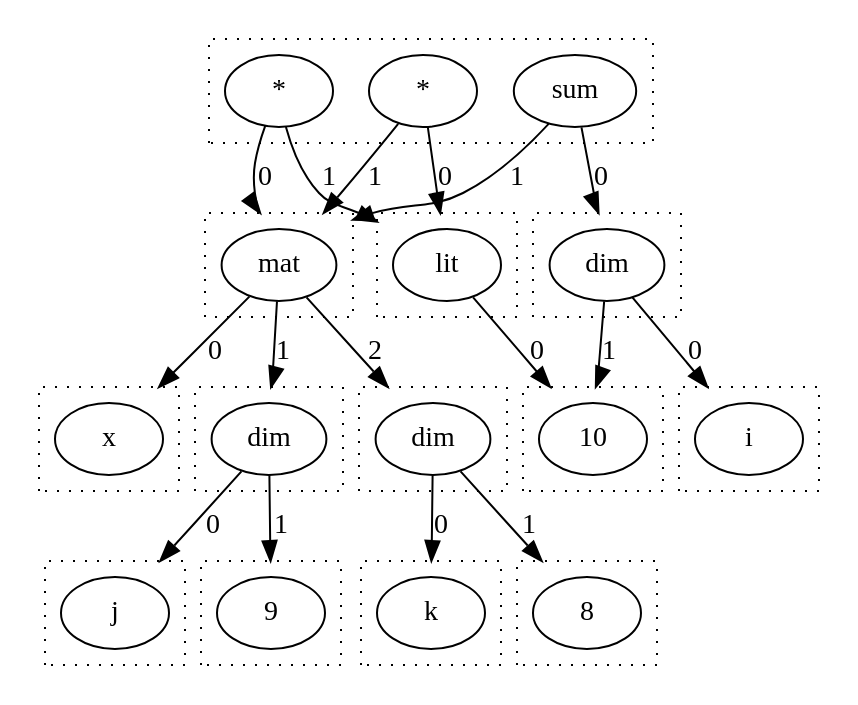
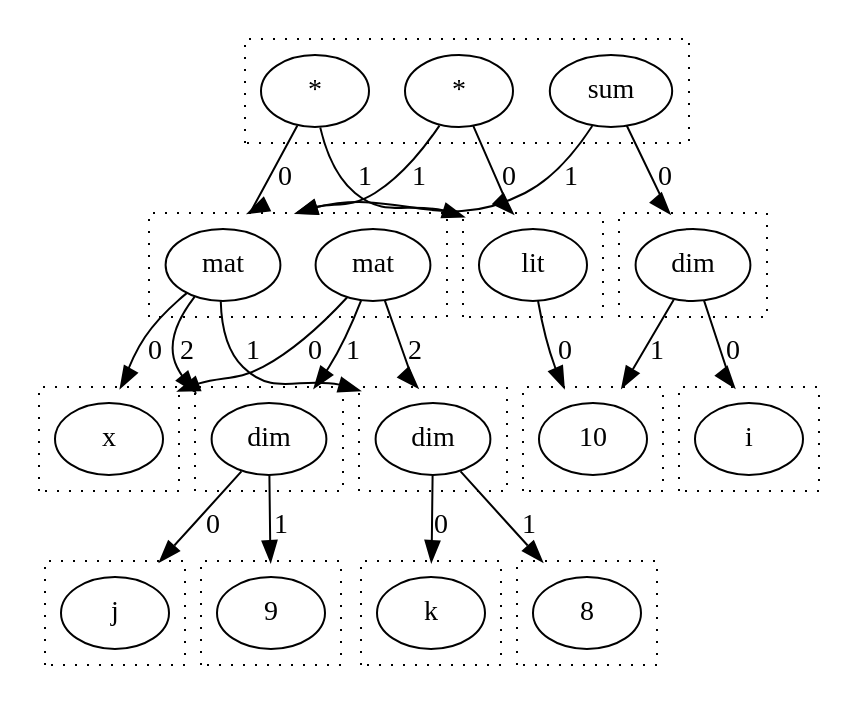
One commit to wormhole-optimization/warp changed the diagram in dots/test.dot. Above: the diagram before and after it, drawn with Graphviz. The commit also changed 2 other files, not shown here.

```diff
--- a/dots/test.dot
+++ b/dots/test.dot
@@ -1,73 +1,77 @@
 digraph {
   compound=true
   subgraph cluster_0 {
     style=dotted
     0.0[label = "i"]
   }
   subgraph cluster_1 {
     style=dotted
     1.0[label = "10"]
   }
   subgraph cluster_2 {
     style=dotted
     2.0[label = "dim"]
   }
   subgraph cluster_3 {
     style=dotted
     3.0[label = "x"]
   }
   subgraph cluster_4 {
     style=dotted
     4.0[label = "j"]
   }
   subgraph cluster_5 {
     style=dotted
     5.0[label = "9"]
   }
   subgraph cluster_6 {
     style=dotted
     6.0[label = "dim"]
   }
   subgraph cluster_7 {
     style=dotted
     7.0[label = "k"]
   }
   subgraph cluster_8 {
     style=dotted
     8.0[label = "8"]
   }
   subgraph cluster_9 {
     style=dotted
     9.0[label = "dim"]
   }
   subgraph cluster_10 {
     style=dotted
     10.0[label = "mat"]
+    10.1[label = "mat"]
   }
   subgraph cluster_11 {
     style=dotted
     11.0[label = "*"]
     11.1[label = "sum"]
     11.2[label = "*"]
   }
-  subgraph cluster_12 {
+  subgraph cluster_13 {
     style=dotted
-    12.0[label = "lit"]
+    13.0[label = "lit"]
   }
   2.0 -> 0.0 [lhead = cluster_0, label = 0]
   2.0 -> 1.0 [lhead = cluster_1, label = 1]
   6.0 -> 4.0 [lhead = cluster_4, label = 0]
   6.0 -> 5.0 [lhead = cluster_5, label = 1]
   9.0 -> 7.0 [lhead = cluster_7, label = 0]
   9.0 -> 8.0 [lhead = cluster_8, label = 1]
   10.0 -> 3.0 [lhead = cluster_3, label = 0]
-  10.0 -> 6.0 [lhead = cluster_6, label = 1]
-  10.0 -> 9.0 [lhead = cluster_9, label = 2]
+  10.0 -> 9.0 [lhead = cluster_9, label = 1]
+  10.0 -> 6.0 [lhead = cluster_6, label = 2]
+  10.1 -> 3.0 [lhead = cluster_3, label = 0]
+  10.1 -> 6.0 [lhead = cluster_6, label = 1]
+  10.1 -> 9.0 [lhead = cluster_9, label = 2]
   11.0 -> 10.0 [lhead = cluster_10, label = 0]
-  11.0 -> 12.0 [lhead = cluster_12, label = 1]
+  11.0 -> 13.0 [lhead = cluster_13, label = 1]
   11.1 -> 2.0 [lhead = cluster_2, label = 0]
   11.1 -> 10.0 [lhead = cluster_10, label = 1]
-  11.2 -> 12.0 [lhead = cluster_12, label = 0]
+  11.2 -> 13.0 [lhead = cluster_13, label = 0]
   11.2 -> 10.0 [lhead = cluster_10, label = 1]
-  12.0 -> 1.0 [lhead = cluster_1, label = 0]
+  13.0 -> 1.0 [lhead = cluster_1, label = 0]
 }
```
